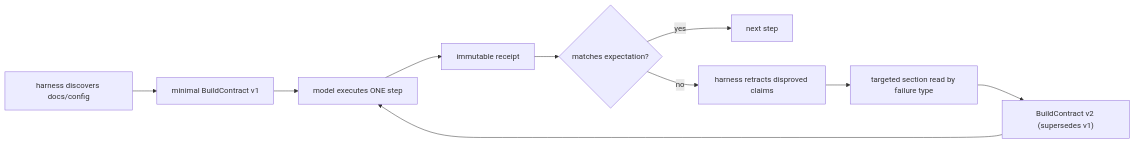
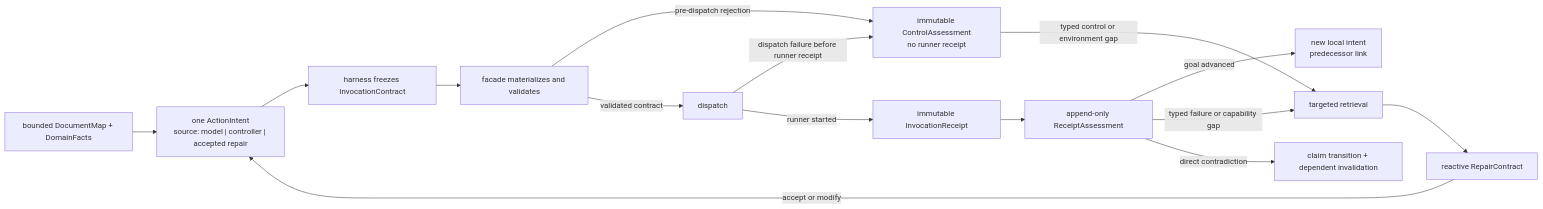
One commit to Codegass/Setup-Agent changed the diagram in docs/superpowers/specs/2026-07-26-build-contract-loop-design.md. Above: the diagram before and after it, drawn with Mermaid. The commit also changed other lines of this file and 32 other files, not shown here.

````diff
--- a/docs/superpowers/specs/2026-07-26-build-contract-loop-design.md
+++ b/docs/superpowers/specs/2026-07-26-build-contract-loop-design.md
@@ -26,12 +34,17 @@
 ```mermaid
 flowchart LR
-    A["harness discovers docs/config"] --> B["minimal BuildContract v1"]
-    B --> C["model executes ONE step"]
-    C --> D["immutable receipt"]
-    D --> E{"matches expectation?"}
-    E -- yes --> F["next step"]
-    E -- no --> G["harness retracts disproved claims"]
-    G --> H["targeted section read by failure type"]
-    H --> I["BuildContract v2 (supersedes v1)"]
-    I --> C
+    A["bounded DocumentMap + DomainFacts"] --> B["one ActionIntent<br/>source: model | controller | accepted repair"]
+    B --> C["harness freezes InvocationContract"]
+    C --> D["facade materializes and validates"]
+    D -- "pre-dispatch rejection" --> K["immutable ControlAssessment<br/>no runner receipt"]
+    D -- "validated contract" --> L["dispatch"]
+    L -- "dispatch failure before runner receipt" --> K
+    L -- "runner started" --> E["immutable InvocationReceipt"]
+    E --> F["append-only ReceiptAssessment"]
+    F -- "goal advanced" --> G["new local intent<br/>predecessor link"]
+    F -- "typed failure or capability gap" --> H["targeted retrieval"]
+    K -- "typed control or environment gap" --> H
+    H --> I["reactive RepairContract"]
+    I -- "accept or modify" --> B
+    F -- "direct contradiction" --> J["claim transition + dependent invalidation"]
 ```
````
